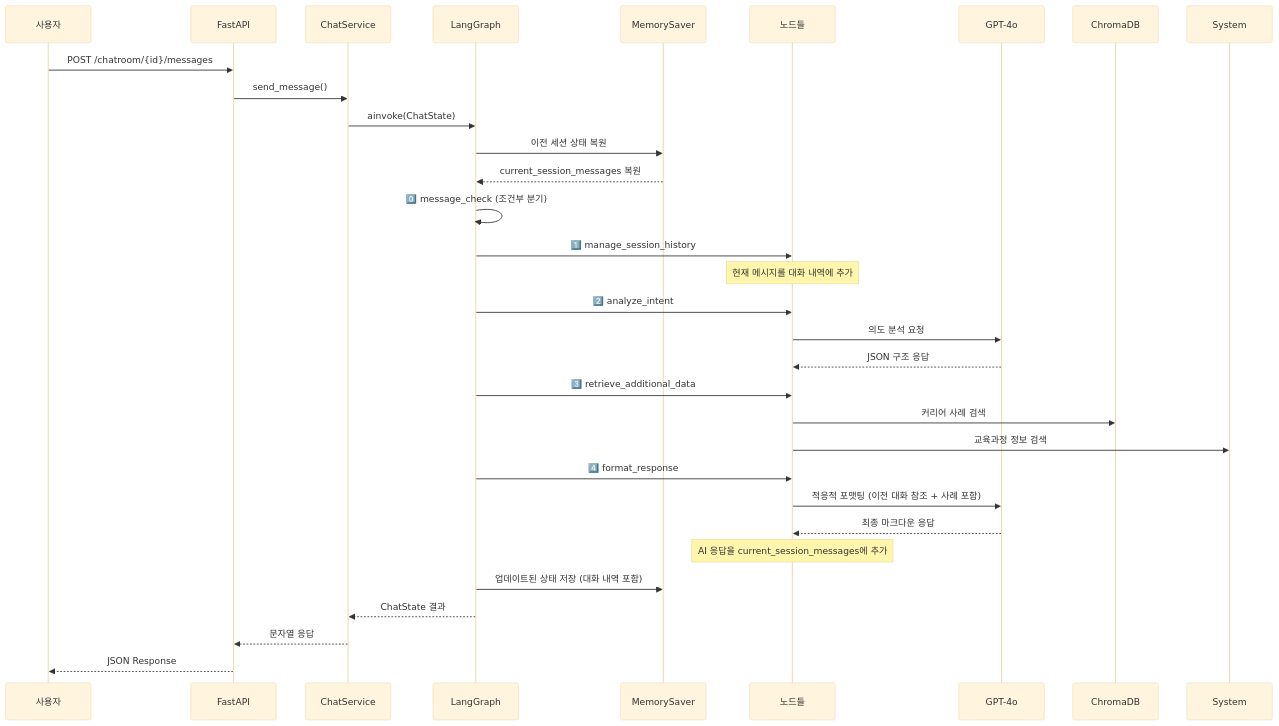
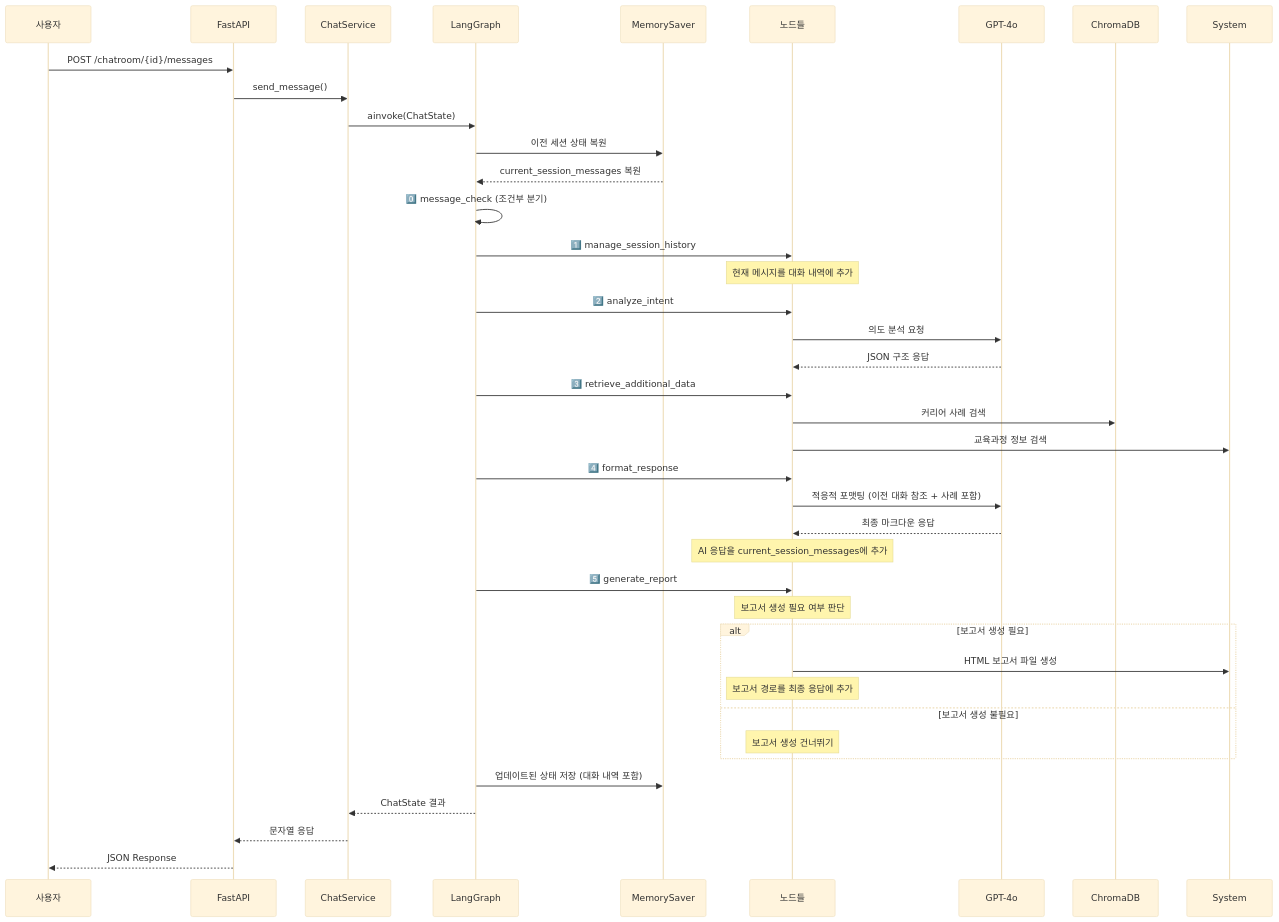
Before and after one commit to SK4toB/g-navi-ai-api: the third of 3 diagrams in README.md, drawn with Mermaid (base theme). The commit also changed other lines of this file and 6 other files, not shown here.

Commit message:
feat: 5번째 단계로 워크플로우 명시(ref #33)

````diff
--- a/README.md
+++ b/README.md
@@ -188,40 +212,49 @@
 ```mermaid
 sequenceDiagram
     participant User as 사용자
     participant API as FastAPI
     participant Service as ChatService
     participant Graph as LangGraph
     participant MemorySaver as MemorySaver
     participant Nodes as 노드들
     participant LLM as GPT-4o
     
     User->>API: POST /chatroom/{id}/messages
     API->>Service: send_message()
     Service->>Graph: ainvoke(ChatState)
     
     Graph->>MemorySaver: 이전 세션 상태 복원
     MemorySaver-->>Graph: current_session_messages 복원
     
     Graph->>Graph: 0️⃣ message_check (조건부 분기)
     
     Graph->>Nodes: 1️⃣ manage_session_history
     Note over Nodes: 현재 메시지를 대화 내역에 추가
     
     Graph->>Nodes: 2️⃣ analyze_intent
     Nodes->>LLM: 의도 분석 요청
     LLM-->>Nodes: JSON 구조 응답
     
     Graph->>Nodes: 3️⃣ retrieve_additional_data
     Nodes->>ChromaDB: 커리어 사례 검색
     Nodes->>System: 교육과정 정보 검색
     
     Graph->>Nodes: 4️⃣ format_response
     Nodes->>LLM: 적응적 포맷팅 (이전 대화 참조 + 사례 포함)
     LLM-->>Nodes: 최종 마크다운 응답
     Note over Nodes: AI 응답을 current_session_messages에 추가
     
+    Graph->>Nodes: 5️⃣ generate_report
+    Note over Nodes: 보고서 생성 필요 여부 판단
+    alt 보고서 생성 필요
+        Nodes->>System: HTML 보고서 파일 생성
+        Note over Nodes: 보고서 경로를 최종 응답에 추가
+    else 보고서 생성 불필요
+        Note over Nodes: 보고서 생성 건너뛰기
+    end
+    
     Graph->>MemorySaver: 업데이트된 상태 저장 (대화 내역 포함)
     Graph-->>Service: ChatState 결과
     Service-->>API: 문자열 응답
     API-->>User: JSON Response
 ```
````
